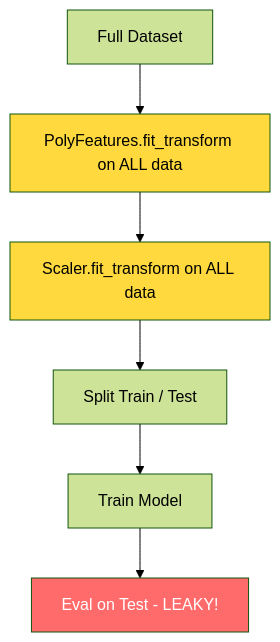
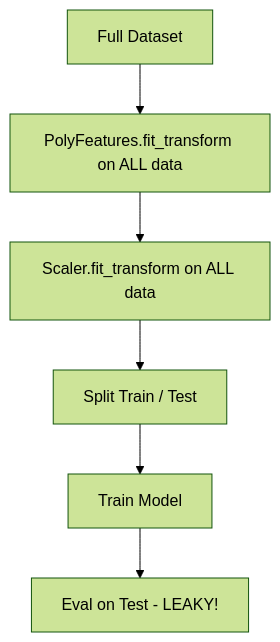
Before and after one commit to joamonf/pytorch: the second of 8 diagrams in 103 Scikit Data Leakage, Pipe,degree, corr.md, drawn with Mermaid (forest theme). The commit also changed other lines of this file, not shown here.

Commit message:
Update 103 Scikit Data Leakage, Pipe,degree, corr.md

````diff
--- a/103 Scikit Data Leakage, Pipe,degree, corr.md
+++ b/103 Scikit Data Leakage, Pipe,degree, corr.md
@@ -107,12 +107,10 @@
 ```mermaid
 flowchart TD
     A1[Full Dataset]
     A1 --> B1["PolyFeatures.fit_transform on ALL data"]
     B1 --> C1["Scaler.fit_transform on ALL data"]
     C1 --> D1[Split Train / Test]
     D1 --> E1[Train Model]
     E1 --> F1["Eval on Test - LEAKY!"]
-    style F1 fill:#ff6b6b,color:#fff
-    style B1 fill:#ffd93d
-    style C1 fill:#ffd93d
+    
 ```
````
